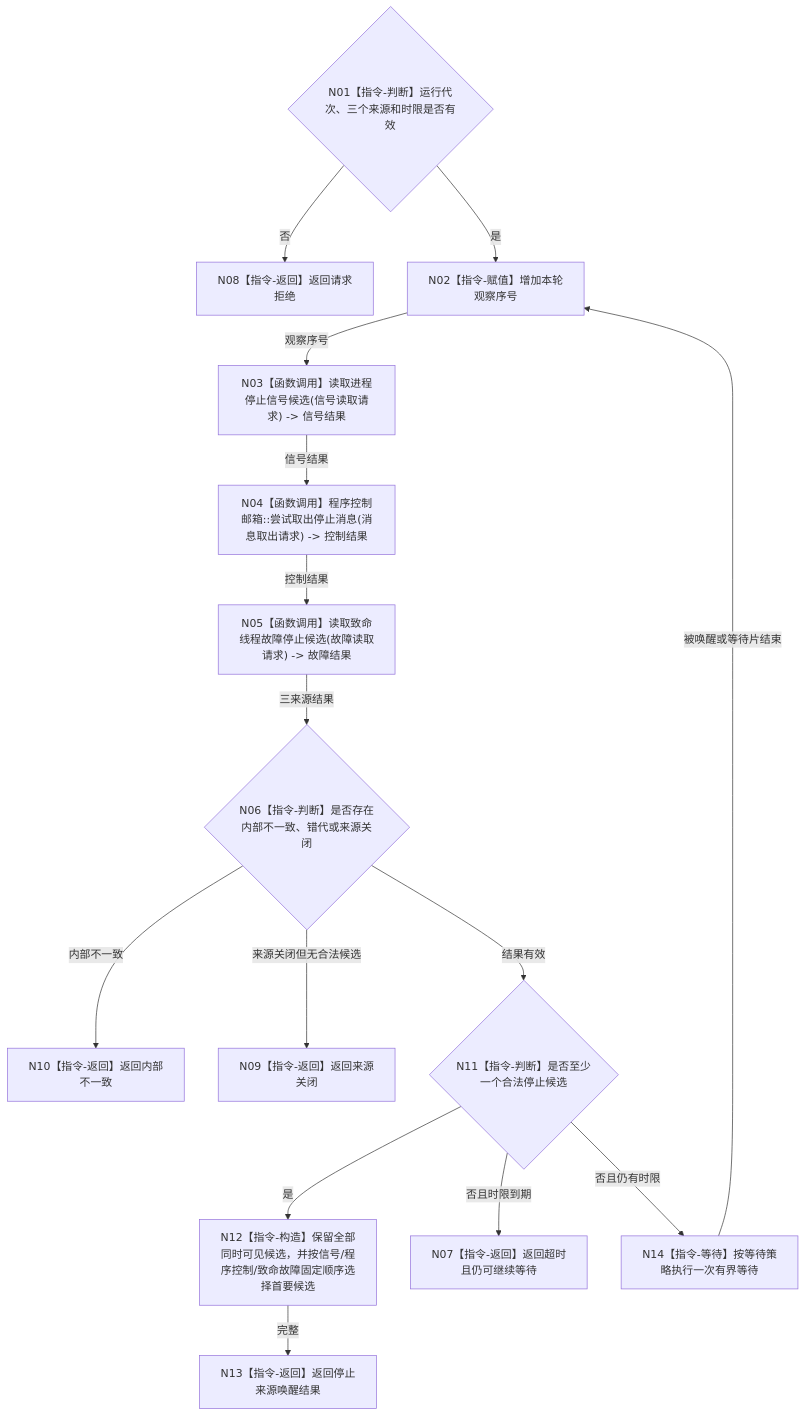
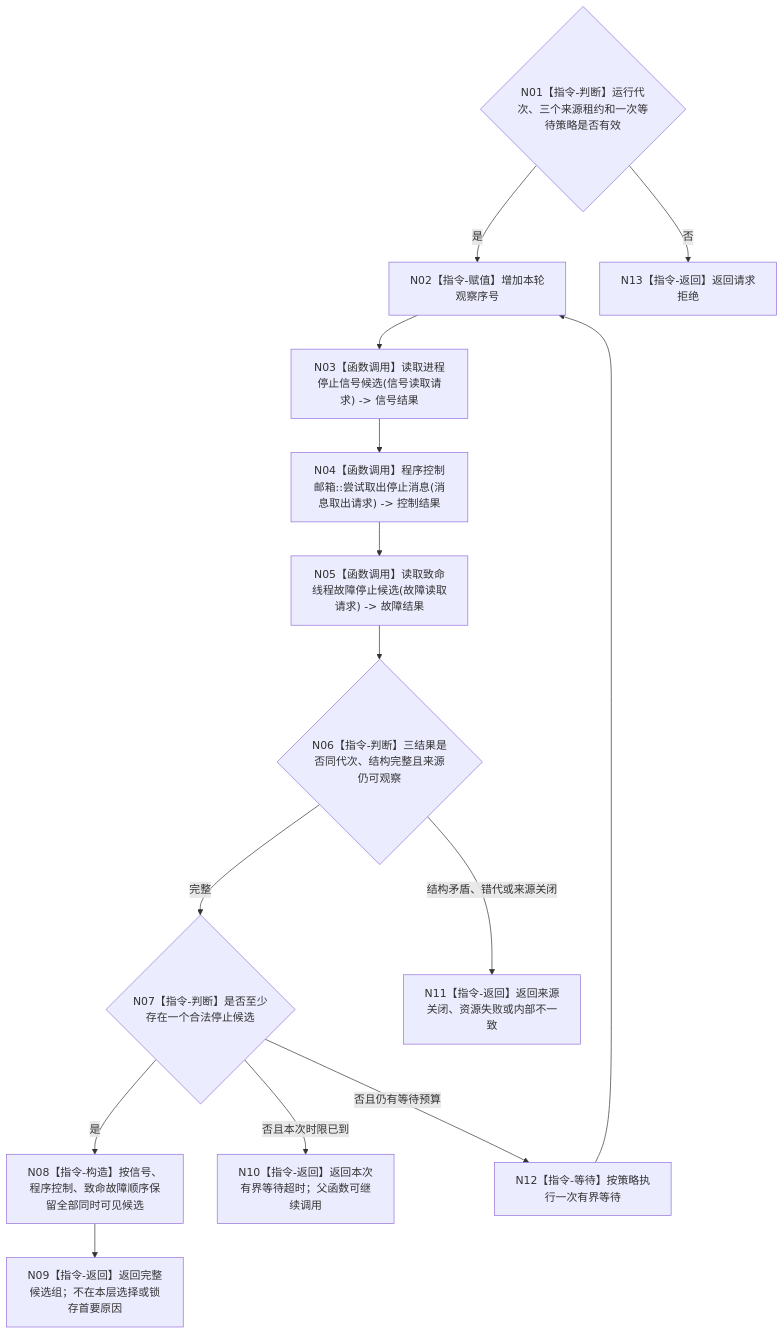
The diagram in 流程图/目标业务流程图/L3/BIZ-L3-001-10-01_等待任一停止来源_目标函数流程图_v0.1.md (chunhaizh-cyber/HY-Ego), drawn with Mermaid before and after one commit. The commit also changed other lines of this file and 12 other files, not shown here.

````diff
--- a/流程图/目标业务流程图/L3/BIZ-L3-001-10-01_等待任一停止来源_目标函数流程图_v0.1.md
+++ b/流程图/目标业务流程图/L3/BIZ-L3-001-10-01_等待任一停止来源_目标函数流程图_v0.1.md
@@ -30,17 +30,24 @@
 ```mermaid
 flowchart TD
-    N01{"N01【指令-判断】运行代次、三个来源和时限是否有效"} -->|否| N08["N08【指令-返回】返回请求拒绝"]
-    N01 -->|是| N02["N02【指令-赋值】增加本轮观察序号"]
-    N02 -->|观察序号| N03["N03【函数调用】读取进程停止信号候选(信号读取请求) -> 信号结果"]
-    N03 -->|信号结果| N04["N04【函数调用】程序控制邮箱::尝试取出停止消息(消息取出请求) -> 控制结果"]
-    N04 -->|控制结果| N05["N05【函数调用】读取致命线程故障停止候选(故障读取请求) -> 故障结果"]
-    N05 -->|三来源结果| N06{"N06【指令-判断】是否存在内部不一致、错代或来源关闭"}
-    N06 -->|内部不一致| N10["N10【指令-返回】返回内部不一致"]
-    N06 -->|来源关闭但无合法候选| N09["N09【指令-返回】返回来源关闭"]
-    N06 -->|结果有效| N11{"N11【指令-判断】是否至少一个合法停止候选"}
-    N11 -->|是| N12["N12【指令-构造】保留全部同时可见候选，并按信号/程序控制/致命故障固定顺序选择首要候选"]
-    N12 -->|完整| N13["N13【指令-返回】返回停止来源唤醒结果"]
-    N11 -->|否且时限到期| N07["N07【指令-返回】返回超时且仍可继续等待"]
-    N11 -->|否且仍有时限| N14["N14【指令-等待】按等待策略执行一次有界等待"]
-    N14 -->|被唤醒或等待片结束| N02
+    N01{"N01【指令-判断】运行代次、三个来源租约和一次等待策略是否有效"}
+    N02["N02【指令-赋值】增加本轮观察序号"]
+    N03["N03【函数调用】读取进程停止信号候选(信号读取请求) -> 信号结果"]
+    N04["N04【函数调用】程序控制邮箱::尝试取出停止消息(消息取出请求) -> 控制结果"]
+    N05["N05【函数调用】读取致命线程故障停止候选(故障读取请求) -> 故障结果"]
+    N06{"N06【指令-判断】三结果是否同代次、结构完整且来源仍可观察"}
+    N07{"N07【指令-判断】是否至少存在一个合法停止候选"}
+    N08["N08【指令-构造】按信号、程序控制、致命故障顺序保留全部同时可见候选"]
+    N09["N09【指令-返回】返回完整候选组；不在本层选择或锁存首要原因"]
+    N10["N10【指令-返回】返回本次有界等待超时；父函数可继续调用"]
+    N11["N11【指令-返回】返回来源关闭、资源失败或内部不一致"]
+    N12["N12【指令-等待】按策略执行一次有界等待"]
+    N13["N13【指令-返回】返回请求拒绝"]
+
+    N01 -->|否| N13
+    N01 -->|是| N02 --> N03 --> N04 --> N05 --> N06
+    N06 -->|结构矛盾、错代或来源关闭| N11
+    N06 -->|完整| N07
+    N07 -->|是| N08 --> N09
+    N07 -->|否且本次时限已到| N10
+    N07 -->|否且仍有等待预算| N12 --> N02
 ```
````
